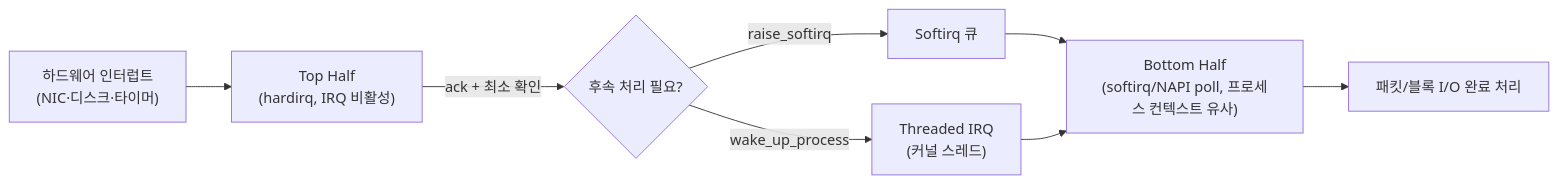
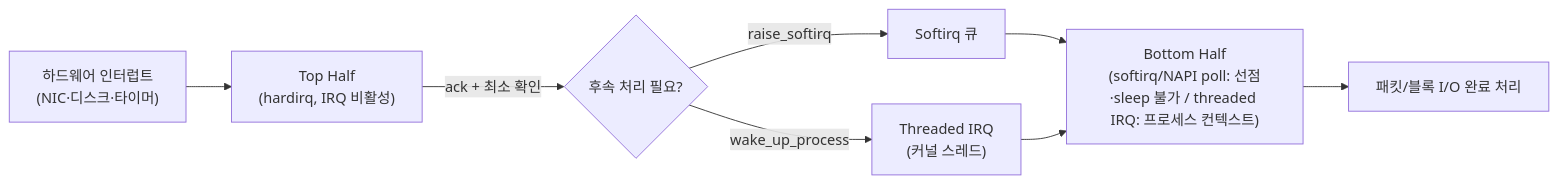
Before and after one commit to 42jerrykim/42jerrykim.github.io: the diagram in content/collection/optimization-06-os-runtime/12-irq-optimization/index.md, drawn with Mermaid. The commit also changed other lines of this file and 1 other file, not shown here.

First line of the commit message:
feat: optimization-06-os-runtime/12-irq-optimization post-quality-loop 채점 완료 (95.8점, 통과)

````diff
--- a/content/collection/optimization-06-os-runtime/12-irq-optimization/index.md
+++ b/content/collection/optimization-06-os-runtime/12-irq-optimization/index.md
@@ -78,10 +72,10 @@
 ```mermaid
 flowchart LR
   hw["하드웨어 인터럽트</br>(NIC·디스크·타이머)"] --> topHalf["Top Half</br>(hardirq, IRQ 비활성)"]
   topHalf -->|"ack + 최소 확인"| defer{"후속 처리 필요?"}
   defer -->|"raise_softirq"| softirqQ["Softirq 큐"]
   defer -->|"wake_up_process"| irqThread["Threaded IRQ</br>(커널 스레드)"]
-  softirqQ --> bottomHalf["Bottom Half</br>(softirq/NAPI poll, 프로세스 컨텍스트 유사)"]
+  softirqQ --> bottomHalf["Bottom Half</br>(softirq/NAPI poll: 선점·sleep 불가 / threaded IRQ: 프로세스 컨텍스트)"]
   irqThread --> bottomHalf
   bottomHalf --> done["패킷/블록 I/O 완료 처리"]
 ```
````
